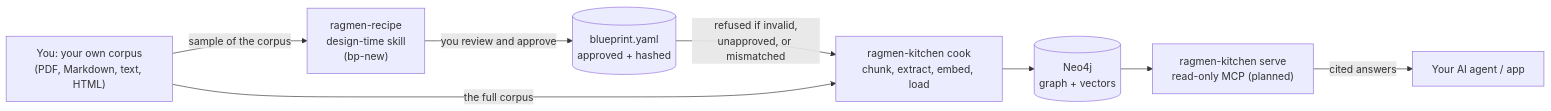
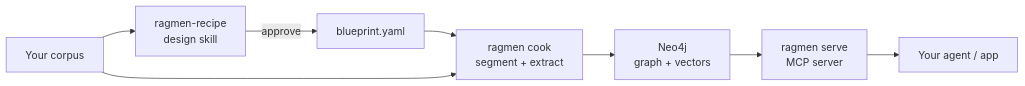
Before and after one commit to Kamaal404/ragmen-kitchen-: the diagram in README.md, drawn with Mermaid. The commit also changed other lines of this file, not shown here.

````diff
--- a/README.md
+++ b/README.md
@@ -38,18 +114,18 @@
 ```mermaid
 flowchart LR
-    you["You: your own corpus<br/>(PDF, Markdown, text, HTML)"]
-    skill["ragmen-recipe<br/>design-time skill<br/>(bp-new)"]
-    bp[("blueprint.yaml<br/>approved + hashed")]
-    cook["ragmen-kitchen cook<br/>chunk, extract, embed, load"]
-    neo[("Neo4j<br/>graph + vectors")]
-    serve["ragmen-kitchen serve<br/>read-only MCP (planned)"]
-    agent["Your AI agent / app"]
+    you["Your corpus"]
+    recipe["ragmen-recipe<br/>design skill"]
+    bp["blueprint.yaml"]
+    cook["ragmen cook<br/>segment + extract"]
+    neo["Neo4j<br/>graph + vectors"]
+    serve["ragmen serve<br/>MCP server"]
+    agent["Your agent / app"]
 
-    you -->|sample of the corpus| skill
-    skill -->|you review and approve| bp
-    bp -->|refused if invalid,<br/>unapproved, or mismatched| cook
-    you -->|the full corpus| cook
+    you --> recipe
+    recipe -->|approve| bp
+    bp --> cook
+    you --> cook
     cook --> neo
     neo --> serve
-    serve -->|cited answers| agent
+    serve --> agent
 ```
````
